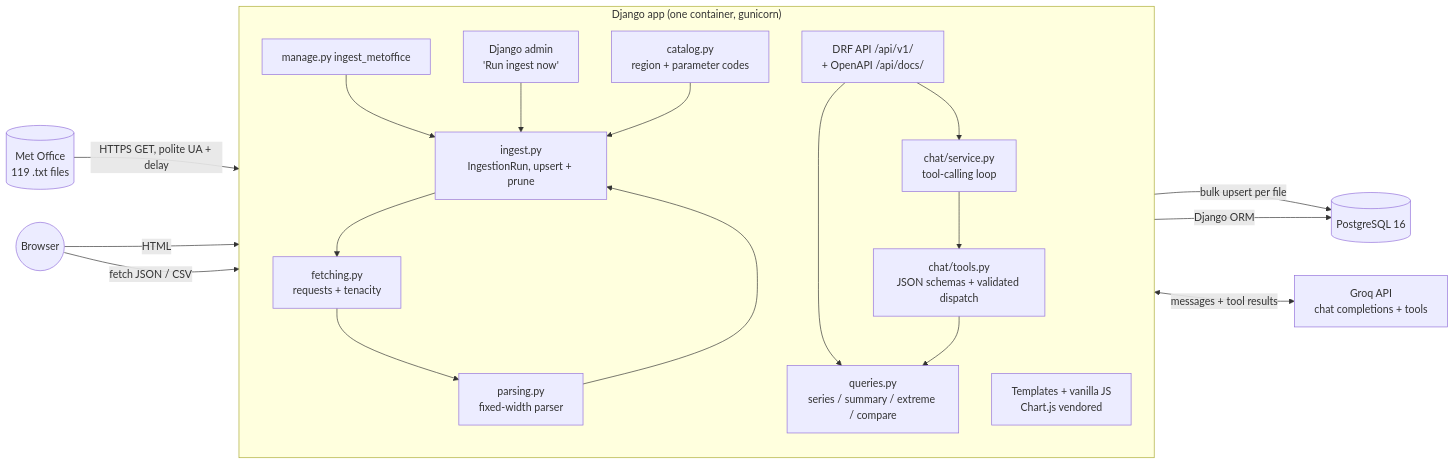
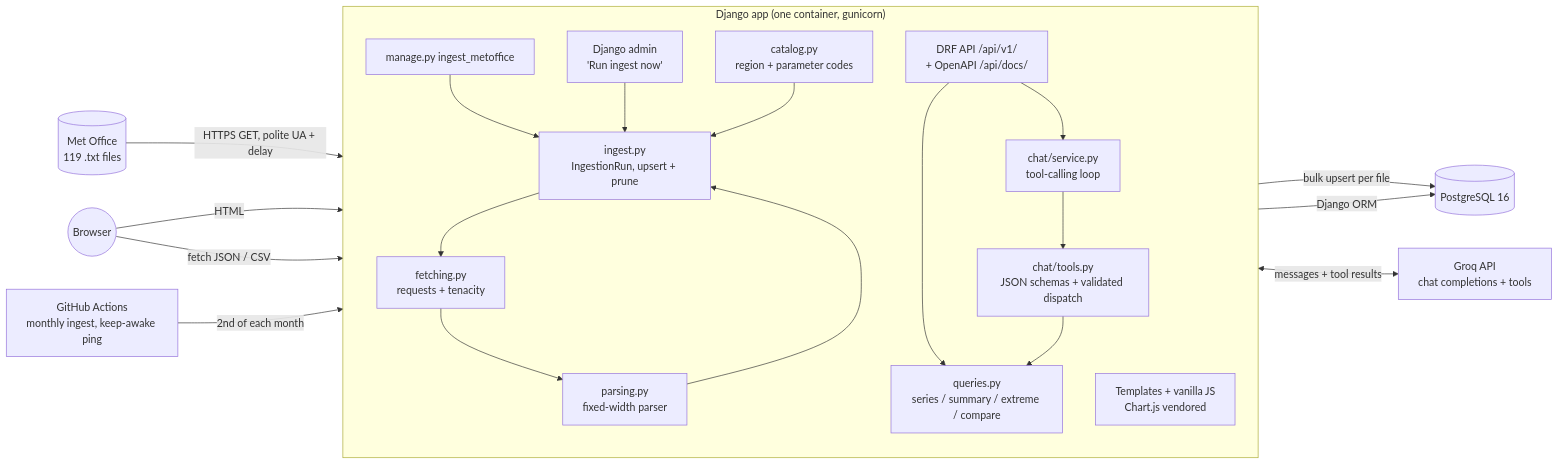
Before and after one commit to kumarswamyg2005/uk-climate-insights: the first of 6 diagrams in docs/ARCHITECTURE.md, drawn with Mermaid. The commit also changed other lines of this file and 2 other files, not shown here.

First line of the commit message:
docs: architecture, testing and walkthrough match the current system

````diff
--- a/docs/ARCHITECTURE.md
+++ b/docs/ARCHITECTURE.md
@@ -38,38 +38,40 @@
 ```mermaid
 flowchart LR
     MO[(Met Office<br/>119 .txt files)]
 
     subgraph Django["Django app (one container, gunicorn)"]
         direction TB
         CAT[catalog.py<br/>region + parameter codes]
         FETCH[fetching.py<br/>requests + tenacity]
         PARSE[parsing.py<br/>fixed-width parser]
         ING[ingest.py<br/>IngestionRun, upsert + prune]
         CMD[manage.py ingest_metoffice]
         ADM[Django admin<br/>'Run ingest now']
         Q[queries.py<br/>series / summary / extreme / compare]
         API[DRF API /api/v1/<br/>+ OpenAPI /api/docs/]
         CHAT[chat/service.py<br/>tool-calling loop]
         TOOLS[chat/tools.py<br/>JSON schemas + validated dispatch]
         UI[Templates + vanilla JS<br/>Chart.js vendored]
     end
 
     DB[(PostgreSQL 16)]
     LLM[Groq API<br/>chat completions + tools]
     USER((Browser))
+    GHA[GitHub Actions<br/>monthly ingest, keep-awake ping]
 
     MO -->|HTTPS GET, polite UA + delay| FETCH
     CMD --> ING
     ADM --> ING
     CAT --> ING
     ING --> FETCH --> PARSE --> ING
     ING -->|bulk upsert per file| DB
     Q -->|Django ORM| DB
     API --> Q
     TOOLS --> Q
     CHAT --> TOOLS
     CHAT <-->|messages + tool results| LLM
     API --> CHAT
     USER -->|HTML| UI
     USER -->|fetch JSON / CSV| API
+    GHA -->|2nd of each month| CMD
 ```
````
